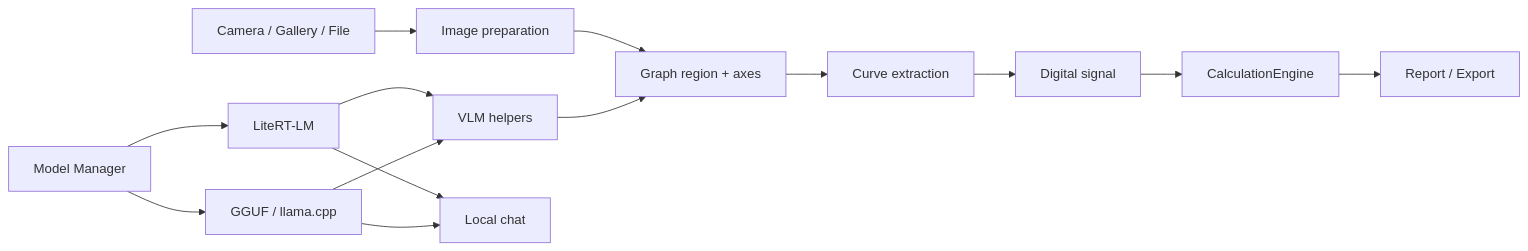
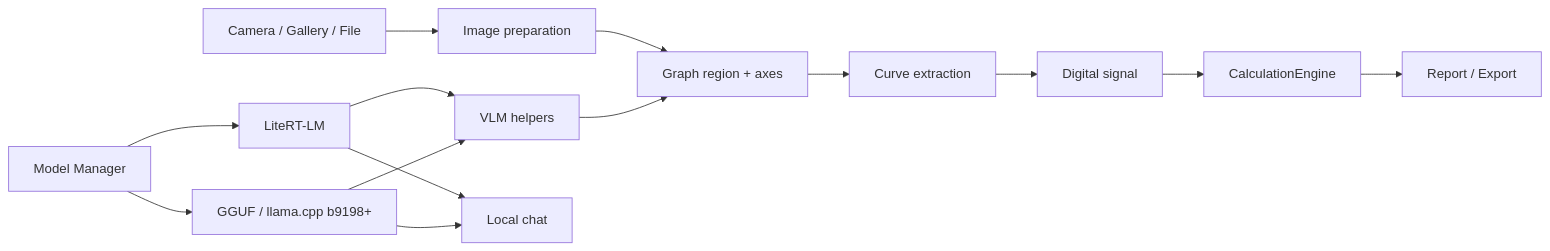
Before and after one commit to RandoTeam/ChromaLab: the diagram in README.md, drawn with Mermaid. The commit also changed other lines of this file and 11 other files, not shown here.

````diff
--- a/README.md
+++ b/README.md
@@ -73,17 +75,17 @@
 ```mermaid
 flowchart LR
     A["Camera / Gallery / File"] --> B["Image preparation"]
     B --> C["Graph region + axes"]
     C --> D["Curve extraction"]
     D --> E["Digital signal"]
     E --> F["CalculationEngine"]
     F --> G["Report / Export"]
 
     M["Model Manager"] --> L["LiteRT-LM"]
-    M --> Q["GGUF / llama.cpp"]
+    M --> Q["GGUF / llama.cpp b9198+"]
     L --> V["VLM helpers"]
     Q --> V
     L --> H["Local chat"]
     Q --> H
     V --> C
 ```
````
